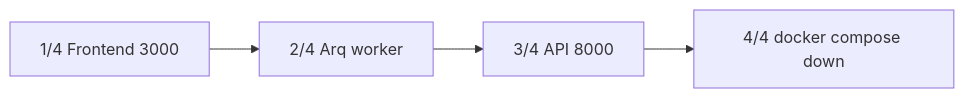
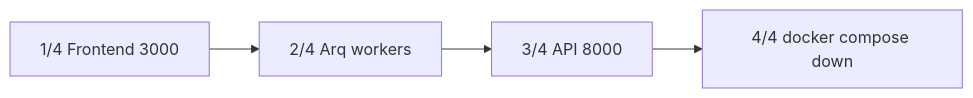
Before and after one commit to gondolerahul/hire-buddha-app: the seventh of 16 diagrams in docs/current/18-infrastructure-and-deployment.md, drawn with Mermaid. The commit also changed other lines of this file and 16 other files, not shown here.

````diff
--- a/docs/current/18-infrastructure-and-deployment.md
+++ b/docs/current/18-infrastructure-and-deployment.md
@@ -472,6 +481,6 @@
 ```mermaid
 flowchart LR
-    S1["1/4 Frontend 3000"] --> S2["2/4 Arq worker"]
+    S1["1/4 Frontend 3000"] --> S2["2/4 Arq workers"]
     S2 --> S3["3/4 API 8000"]
     S3 --> S5["4/4 docker compose down"]
 ```
````
